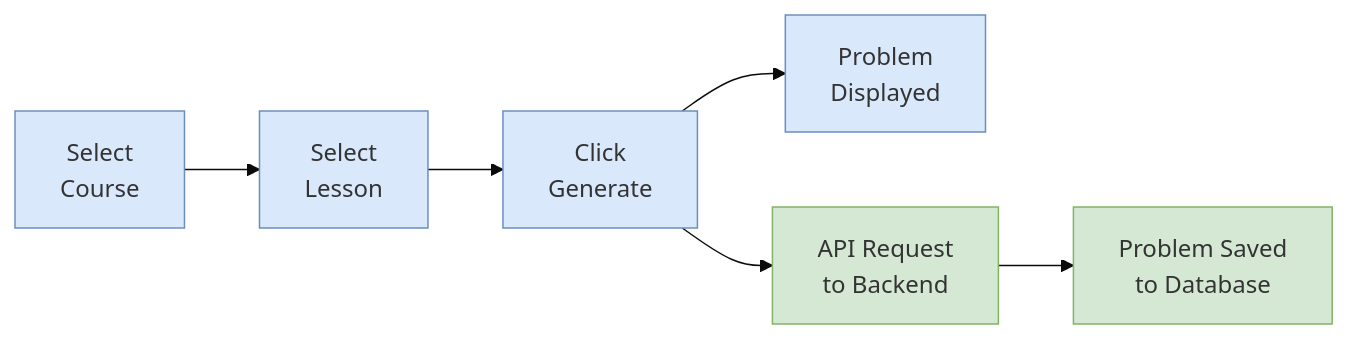
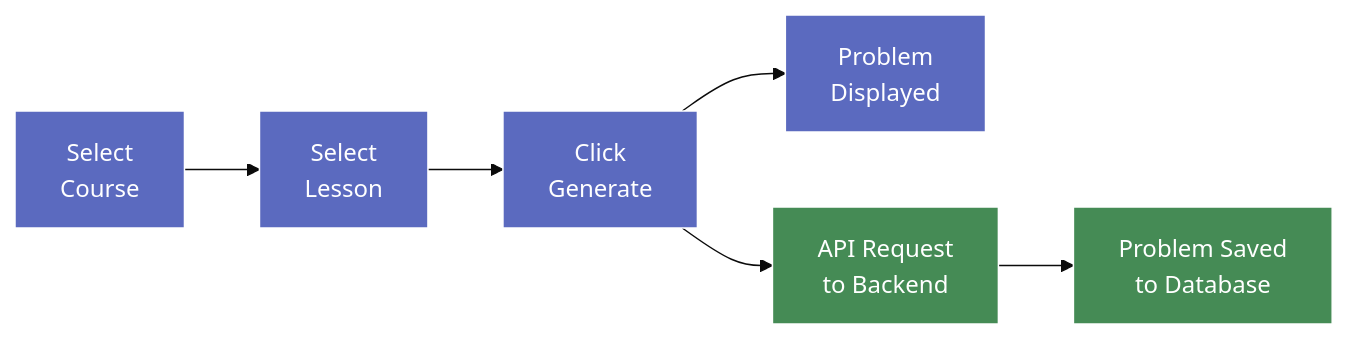
One commit to PatrickJYKang/problem_generator changed the second of 5 diagrams in Architecture_and_Tech_Stack.md. Above: the diagram before and after it, drawn with Mermaid (base theme). The commit also changed other lines of this file, not shown here.

Commit message:
Updated Mermaid diagrams with dark mode optimized colors

````diff
--- a/Architecture_and_Tech_Stack.md
+++ b/Architecture_and_Tech_Stack.md
@@ -83,15 +83,15 @@
 ```mermaid
 flowchart LR
     A["Select\nCourse"] --> B["Select\nLesson"]
     B --> C["Click\nGenerate"]
     C --> D["Problem\nDisplayed"]
     C --> E["API Request\nto Backend"]
     E --> F["Problem Saved\nto Database"]
     
-    %% Using clearer colors with better contrast
-    classDef userActions fill:#dae8fc,stroke:#6c8ebf,stroke-width:1px;
-    classDef systemActions fill:#d5e8d4,stroke:#82b366,stroke-width:1px;
+    %% Using colors optimized for dark mode readability
+    classDef userActions fill:#5b6abf,stroke:#fff,stroke-width:1px,color:#fff;
+    classDef systemActions fill:#458b55,stroke:#fff,stroke-width:1px,color:#fff;
     
     class A,B,C,D userActions;
     class E,F systemActions;
 ```
````
